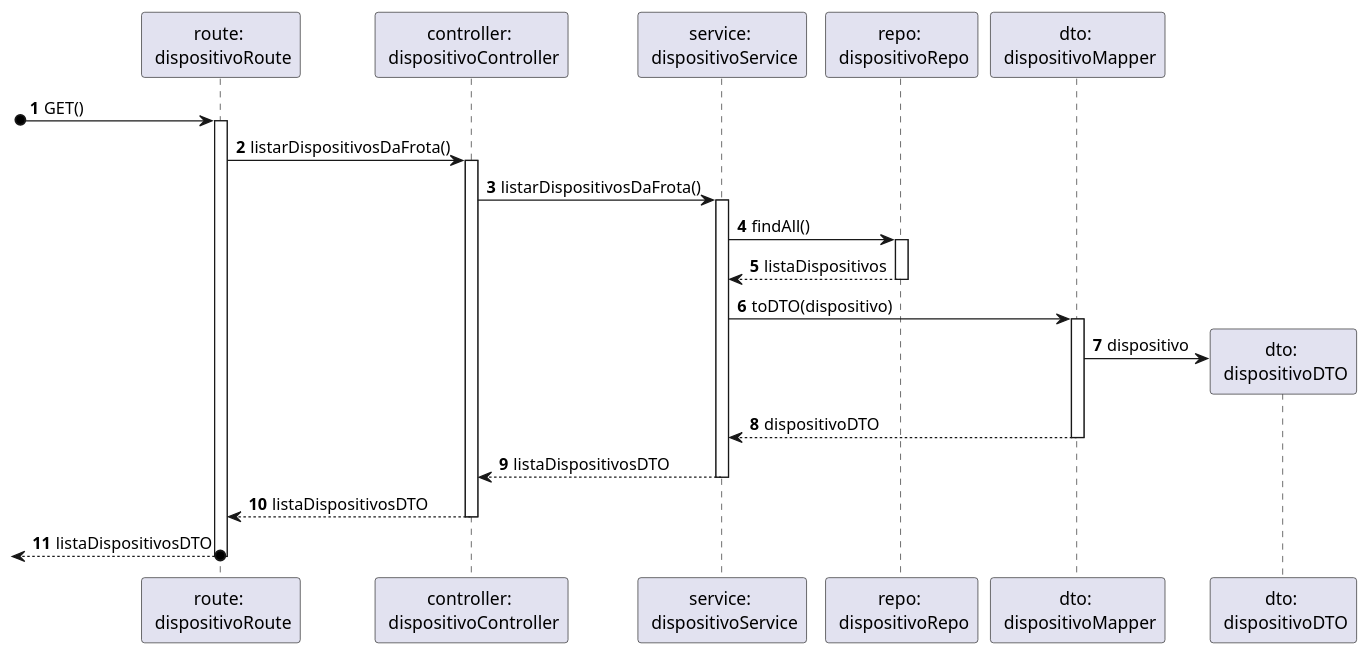
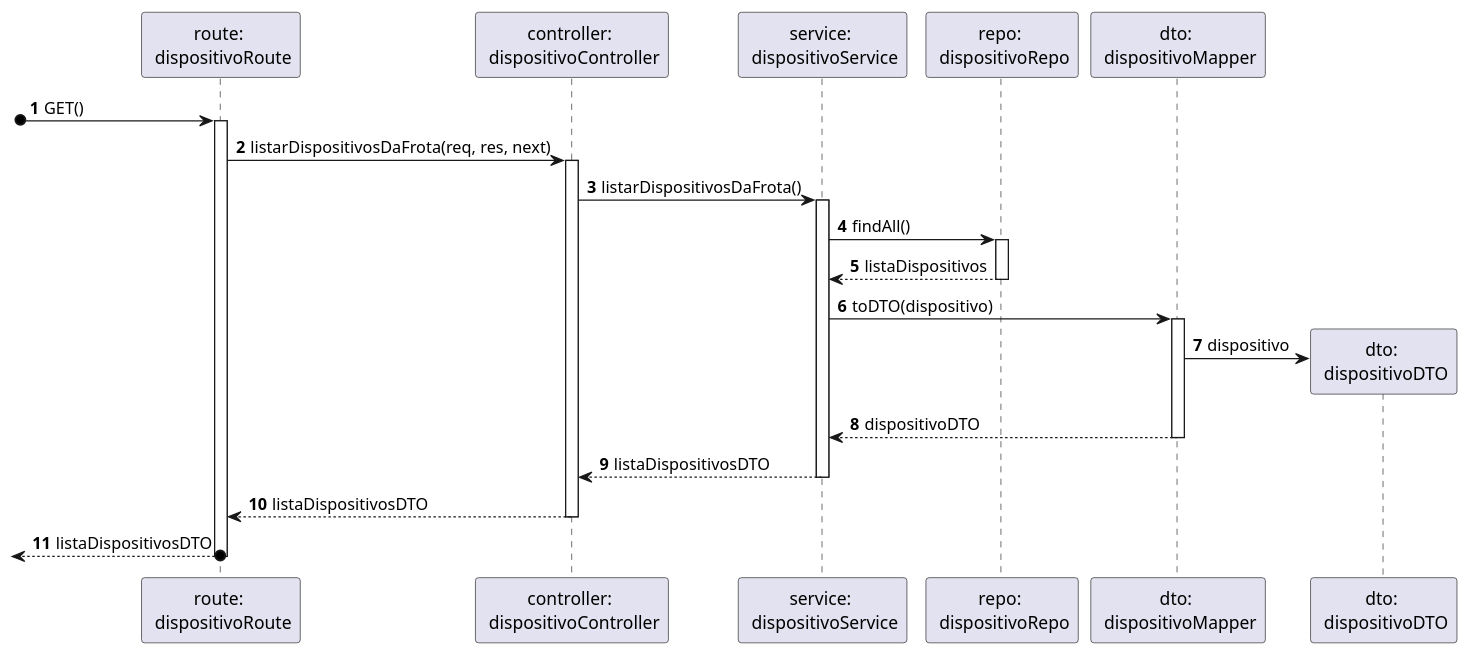
Before and after one commit to SEM5PI2324G58/sem5pi_g58_23_24: the diagram in docs/Sprint_A/US_380/N3/N3_VP.puml, drawn with PlantUML. The commit also changed 2 other files, not shown here.

Commit message:
[US380][Design] Atualização dos diagramas da VP e correção do .md

```diff
--- a/docs/Sprint_A/US_380/N3/N3_VP.puml
+++ b/docs/Sprint_A/US_380/N3/N3_VP.puml
@@ -1,25 +1,25 @@
 autonumber
 
 participant "route: \n dispositivoRoute" as route
 participant "controller: \n dispositivoController" as ctrl
 participant "service: \n dispositivoService" as service
 participant "repo: \n dispositivoRepo" as disRepo
 participant "dto: \n dispositivoMapper" as mapper
 participant "dto: \n dispositivoDTO" as dto
 
 [o-> route: GET()
 activate route
-route -> ctrl: listarDispositivosDaFrota()
+route -> ctrl: listarDispositivosDaFrota(req, res, next)
 activate ctrl
 ctrl -> service: listarDispositivosDaFrota() 
 activate service
 service -> disRepo: findAll()
 activate disRepo
 return listaDispositivos
 service -> mapper : toDTO(dispositivo)
 activate mapper
 mapper -> dto ** : dispositivo
 return dispositivoDTO
 return listaDispositivosDTO
 return listaDispositivosDTO
 return listaDispositivosDTO
```
